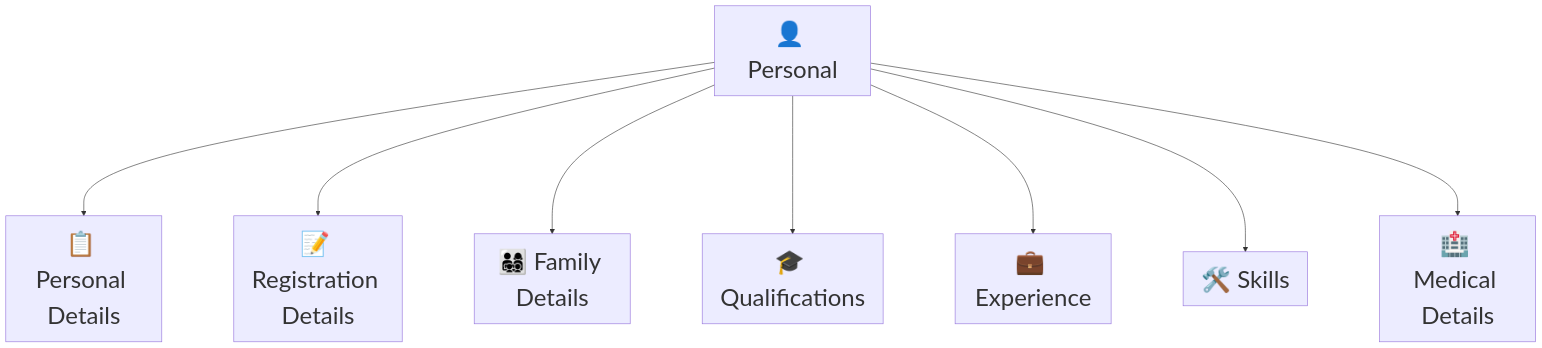
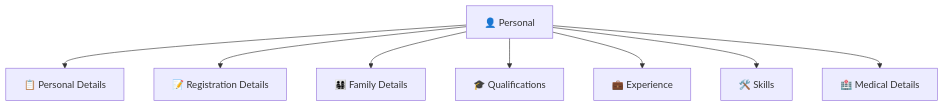
Before and after one commit to ankitn1311/acharya_docs: the second of 7 diagrams in src/content/modules/employee/my-menu/my-profile.mdx, drawn with Mermaid. The commit also changed other lines of this file, not shown here.

Commit message:
charts immproved

````diff
--- a/src/content/modules/employee/my-menu/my-profile.mdx
+++ b/src/content/modules/employee/my-menu/my-profile.mdx
@@ -62,11 +34,10 @@
 ```mermaid
-%%{init: {'theme': 'default', 'themeVariables': {'fontSize': '40px', 'nodePadding': '10px', 'nodeBorderRadius': '14px'}, 'flowchart': {'rankSpacing': 200, 'nodeSpacing': 120}}}%%
-graph TB
+flowchart TD
     B[👤 Personal] --> B1[📋 Personal Details]
     B --> B2[📝 Registration Details]
     B --> B3[👨‍👩‍👧‍👦 Family Details]
     B --> B4[🎓 Qualifications]
     B --> B5[💼 Experience]
     B --> B6[🛠️ Skills]
     B --> B7[🏥 Medical Details]
 ```
````
